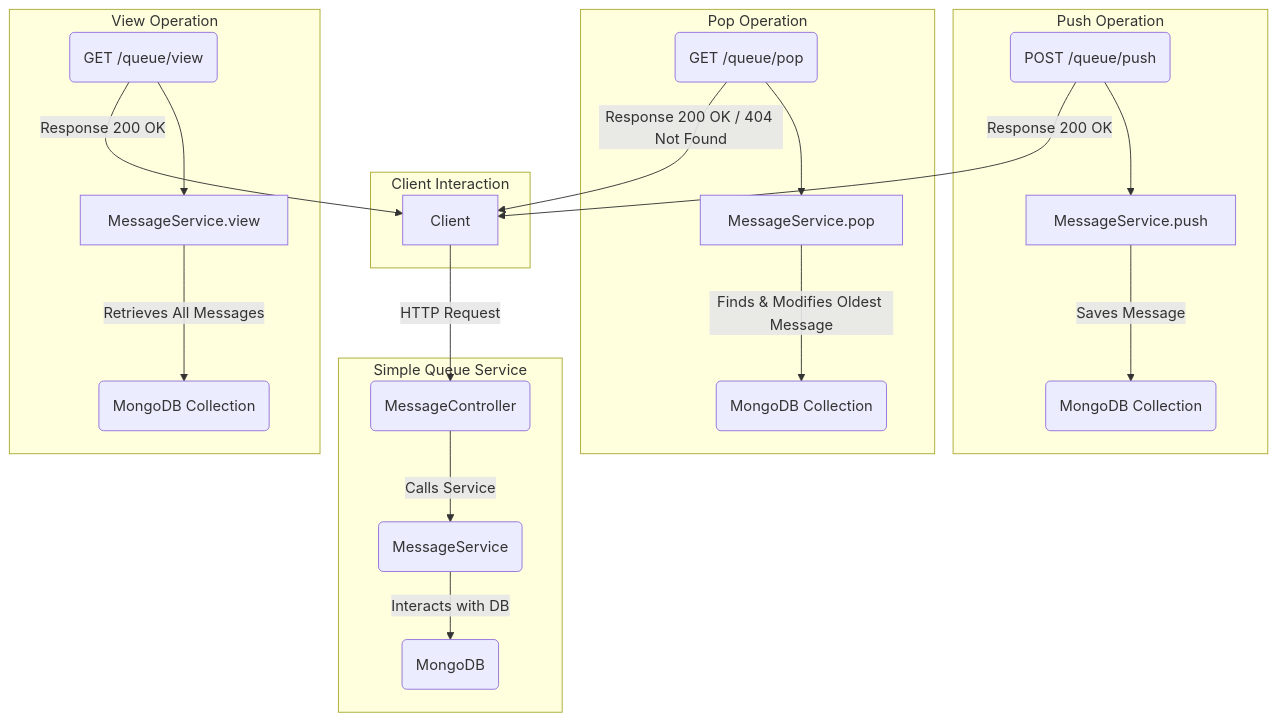
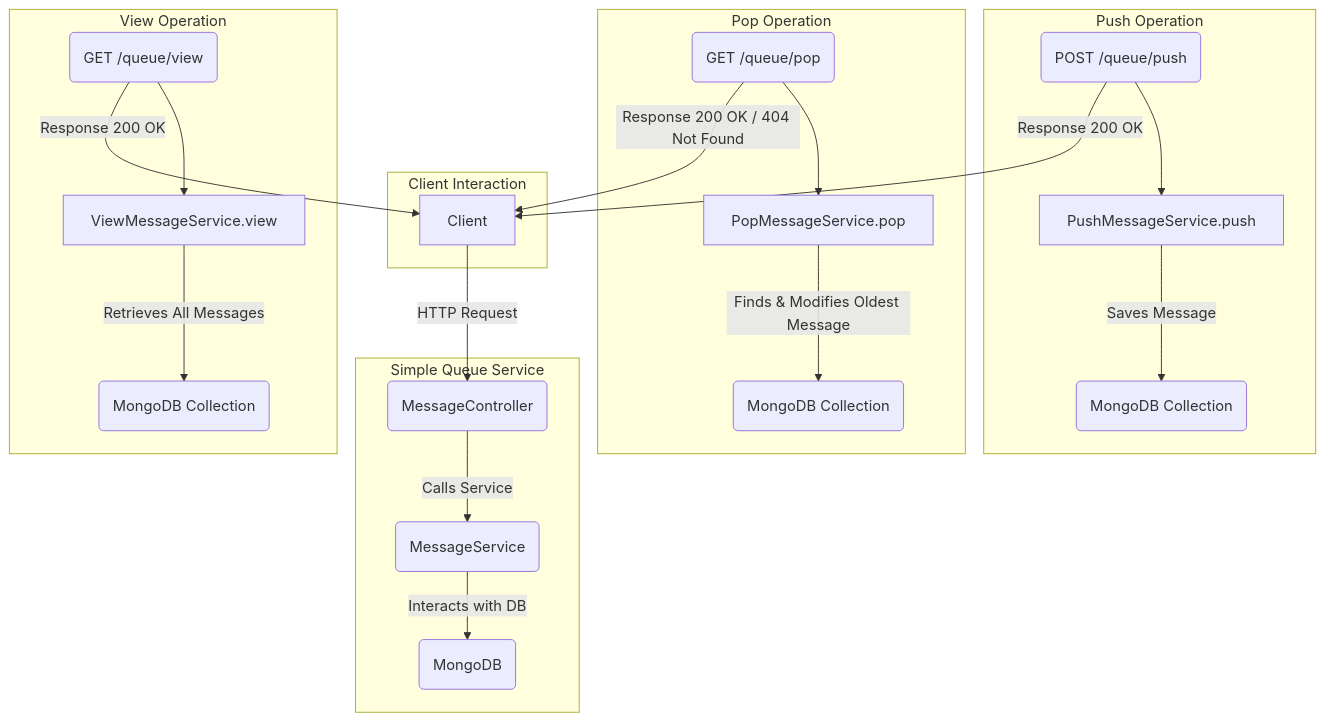
Before and after one commit to Alak-Das/simple-queue-service: the second of 4 diagrams in README.md, drawn with Mermaid. The commit also changed other lines of this file and 17 other files, not shown here.

````diff
--- a/README.md
+++ b/README.md
@@ -32,35 +32,35 @@
 ```mermaid
 graph TD
     subgraph Client Interaction
         A[Client]
     end
 
     subgraph Simple Queue Service
         B(MessageController)
         C(MessageService)
         D(MongoDB)
     end
 
     A -- HTTP Request --> B
     B -- Calls Service --> C
     C -- Interacts with DB --> D
 
     subgraph Push Operation
-        B_push(POST /queue/push) --> C_push[MessageService.push]
+        B_push(POST /queue/push) --> C_push[PushMessageService.push]
         C_push -- Saves Message --> D_push(MongoDB Collection)
     end
 
     subgraph Pop Operation
-        B_pop(GET /queue/pop) --> C_pop[MessageService.pop]
+        B_pop(GET /queue/pop) --> C_pop[PopMessageService.pop]
         C_pop -- Finds & Modifies Oldest Message --> D_pop(MongoDB Collection)
     end
 
     subgraph View Operation
-        B_view(GET /queue/view) --> C_view[MessageService.view]
+        B_view(GET /queue/view) --> C_view[ViewMessageService.view]
         C_view -- Retrieves All Messages --> D_view(MongoDB Collection)
     end
 
     B_push -- Response 200 OK --> A
     B_pop -- Response 200 OK / 404 Not Found --> A
     B_view -- Response 200 OK --> A
 ```
````
